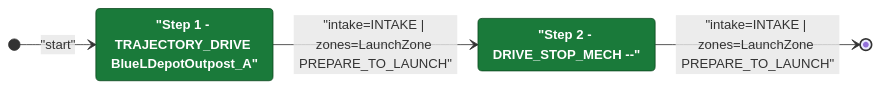
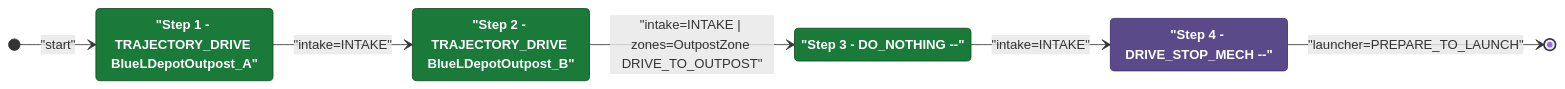
One commit to Team302/2026Rebuilt changed the diagram in documents/auton/BlueTDepLaunch0DepNOutScoreNCli.md. Above: the diagram before and after it, drawn with Mermaid. The commit also changed other lines of this file and 171 other files, not shown here.

First line of the commit message:
docs(auton): regenerate Mermaid diagrams [skip ci]

````diff
--- a/documents/auton/BlueTDepLaunch0DepNOutScoreNCli.md
+++ b/documents/auton/BlueTDepLaunch0DepNOutScoreNCli.md
@@ -8,18 +8,24 @@
 ```mermaid
 stateDiagram-v2
     direction LR
 
     %% Green = intake active, Purple = intake off
     classDef intake  fill:#1a7a3a,color:#ffffff,stroke:#0d4a1f,font-weight:bold
     classDef noIntake fill:#5a4a8a,color:#ffffff,stroke:#3a2a6a,font-weight:bold
 
     Step1 : "Step 1 - TRAJECTORY_DRIVE BlueLDepotOutpost_A"
-    Step2 : "Step 2 - DRIVE_STOP_MECH --"
+    Step2 : "Step 2 - TRAJECTORY_DRIVE BlueLDepotOutpost_B"
+    Step3 : "Step 3 - DO_NOTHING --"
+    Step4 : "Step 4 - DRIVE_STOP_MECH --"
 
     class Step1 intake
     class Step2 intake
+    class Step3 intake
+    class Step4 noIntake
 
     [*] --> Step1 : "start"
-    Step1 --> Step2: "intake=INTAKE | zones=LaunchZone PREPARE_TO_LAUNCH"
-    Step2 --> [*]: "intake=INTAKE | zones=LaunchZone PREPARE_TO_LAUNCH"
+    Step1 --> Step2: "intake=INTAKE"
+    Step2 --> Step3: "intake=INTAKE | zones=OutpostZone DRIVE_TO_OUTPOST"
+    Step3 --> Step4: "intake=INTAKE"
+    Step4 --> [*]: "launcher=PREPARE_TO_LAUNCH"
 ```
````
